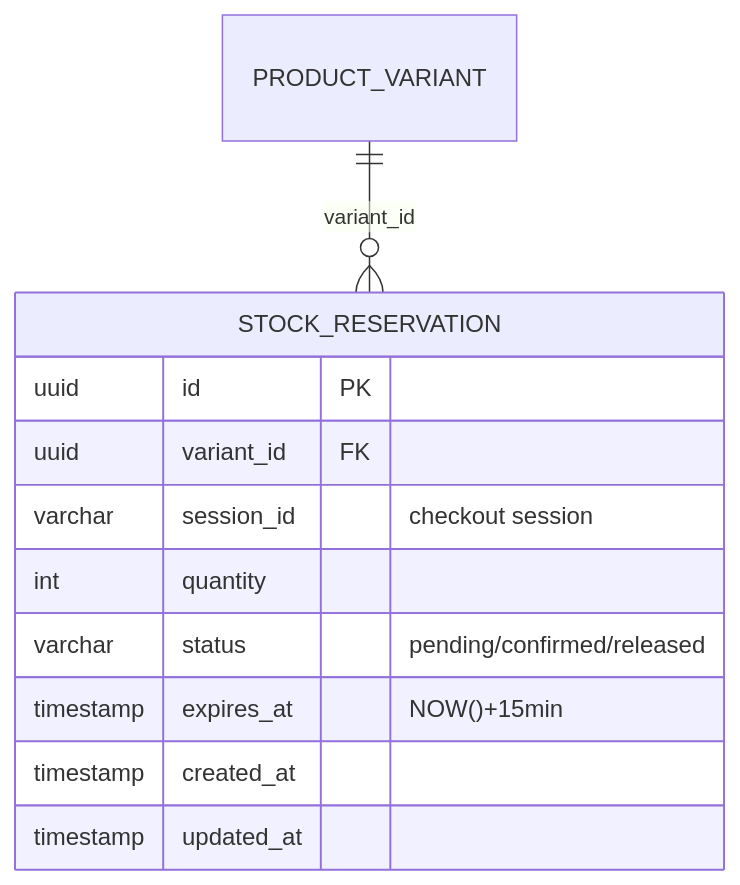
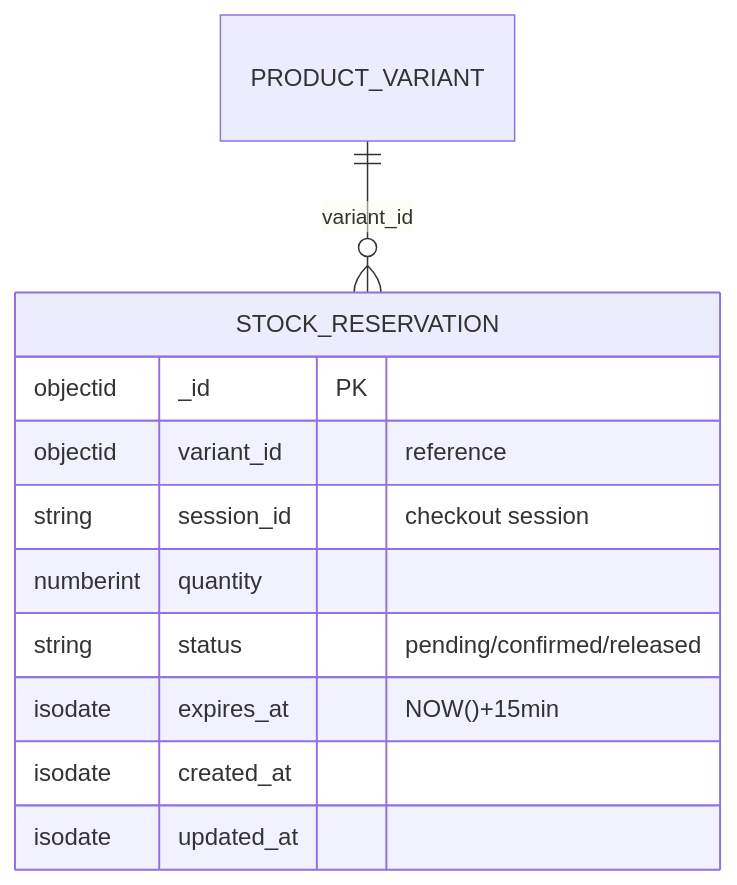
The diagram in documents/data-models/product-service/entity-stock-reservation.md (ldqanh1408/stealing-from-paradise), drawn with Mermaid before and after one commit. The commit also changed other lines of this file and 97 other files, not shown here.

Commit message:
chore: update documentation for identity and product services, including new API endpoints and architectural details

````diff
--- a/documents/data-models/product-service/entity-stock-reservation.md
+++ b/documents/data-models/product-service/entity-stock-reservation.md
@@ -11,15 +12,15 @@
 ```mermaid
 erDiagram
     PRODUCT_VARIANT ||--o{ STOCK_RESERVATION : "variant_id"
 
     STOCK_RESERVATION {
-        uuid id PK
-        uuid variant_id FK
-        varchar session_id "checkout session"
-        int quantity
-        varchar status "pending/confirmed/released"
-        timestamp expires_at "NOW()+15min"
-        timestamp created_at
-        timestamp updated_at
+        objectid _id PK
+        objectid variant_id "reference"
+        string session_id "checkout session"
+        numberint quantity
+        string status "pending/confirmed/released"
+        isodate expires_at "NOW()+15min"
+        isodate created_at
+        isodate updated_at
     }
 ```
````
